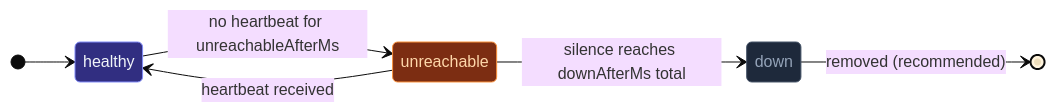
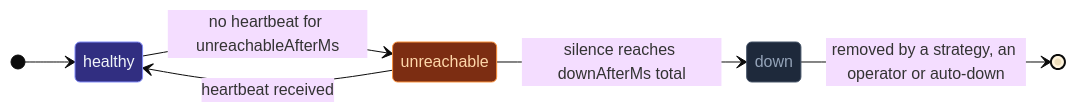
The first of 2 diagrams in docs/src/content/docs/cluster/failure-detector.mdx (pathosDev/actor-ts), drawn with Mermaid (base theme) before and after one commit. The commit also changed other lines of this file and 5 other files, not shown here.

````diff
--- a/docs/src/content/docs/cluster/failure-detector.mdx
+++ b/docs/src/content/docs/cluster/failure-detector.mdx
@@ -9,15 +9,15 @@
 ```mermaid
 stateDiagram-v2
   direction LR
   [*] --> healthy
   healthy --> unreachable: no heartbeat for unreachableAfterMs
   unreachable --> healthy: heartbeat received
   unreachable --> down: silence reaches downAfterMs total
-  down --> [*]: removed (recommended)
+  down --> [*]: removed by a strategy, an operator or auto-down
   classDef ok   fill:#312e81,stroke:#818cf8,color:#f1f5f9;
   classDef warn fill:#7c2d12,stroke:#fb923c,color:#fed7aa;
   classDef gone fill:#1e293b,stroke:#475569,color:#94a3b8;
   class healthy ok
   class unreachable warn
   class down gone
 ```
````
